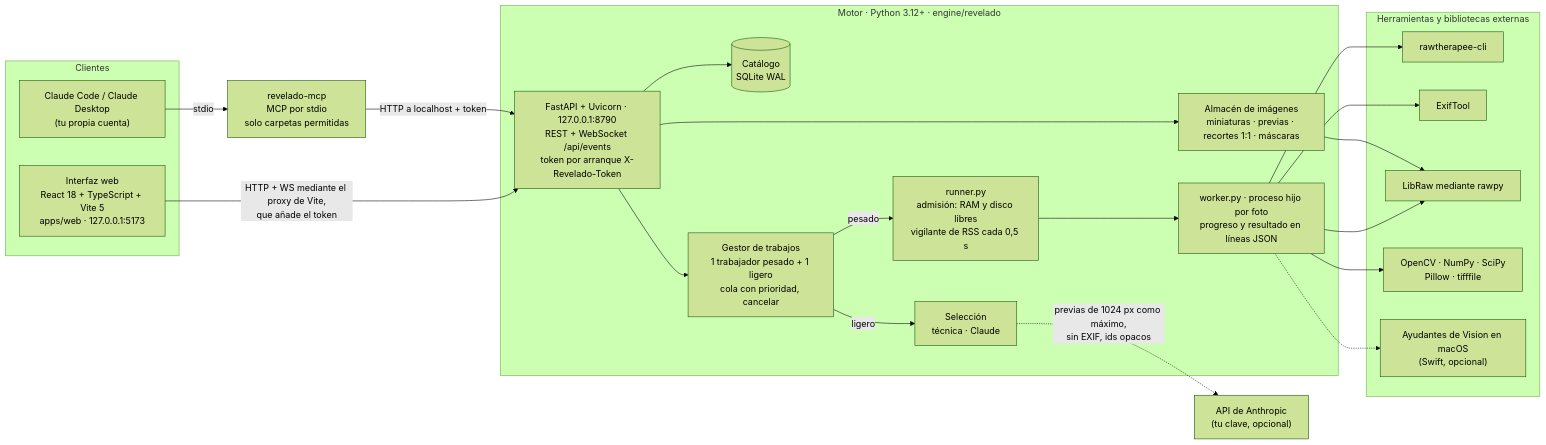
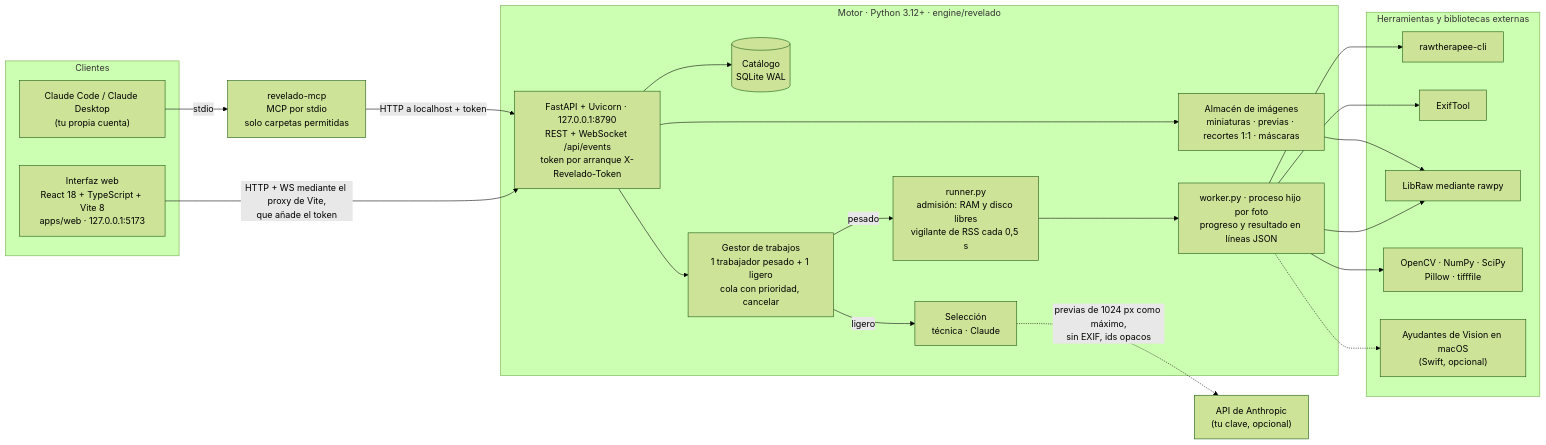
Before and after one commit to Blue-Studio-Lab/Revelado: the second of 3 diagrams in README.es.md, drawn with Mermaid (forest theme). The commit also changed other lines of this file and 8 other files, not shown here.

First line of the commit message:
build(web): migrate to Vite 8, Vitest 5 and @vitejs/plugin-react 6 (#12)

````diff
--- a/README.es.md
+++ b/README.es.md
@@ -110,42 +110,42 @@
 ```mermaid
 flowchart LR
   subgraph CLIENTS["Clientes"]
-    UI["Interfaz web<br/>React 18 + TypeScript + Vite 5<br/>apps/web · 127.0.0.1:5173"]
+    UI["Interfaz web<br/>React 18 + TypeScript + Vite 8<br/>apps/web · 127.0.0.1:5173"]
     CC["Claude Code / Claude Desktop<br/>(tu propia cuenta)"]
   end
   MCP["revelado-mcp<br/>MCP por stdio<br/>solo carpetas permitidas"]
   subgraph ENGINE["Motor · Python 3.12+ · engine/revelado"]
     API["FastAPI + Uvicorn · 127.0.0.1:8790<br/>REST + WebSocket /api/events<br/>token por arranque X-Revelado-Token"]
     CAT[("Catálogo<br/>SQLite WAL")]
     IMG["Almacén de imágenes<br/>miniaturas · previas · recortes 1:1 · máscaras"]
     JOBS["Gestor de trabajos<br/>1 trabajador pesado + 1 ligero<br/>cola con prioridad, cancelar"]
     CULL["Selección<br/>técnica · Claude"]
     RUN["runner.py<br/>admisión: RAM y disco libres<br/>vigilante de RSS cada 0,5 s"]
     WK["worker.py · proceso hijo por foto<br/>progreso y resultado en líneas JSON"]
   end
   subgraph TOOLS["Herramientas y bibliotecas externas"]
     RT["rawtherapee-cli"]
     ET["ExifTool"]
     LR["LibRaw mediante rawpy"]
     CV["OpenCV · NumPy · SciPy<br/>Pillow · tifffile"]
     VIS["Ayudantes de Vision en macOS<br/>(Swift, opcional)"]
   end
   AI["API de Anthropic<br/>(tu clave, opcional)"]
 
   UI -- "HTTP + WS mediante el proxy de Vite,<br/>que añade el token" --> API
   CC -- "stdio" --> MCP
   MCP -- "HTTP a localhost + token" --> API
   API --> CAT
   API --> IMG
   API --> JOBS
   JOBS -- "ligero" --> CULL
   JOBS -- "pesado" --> RUN
   RUN --> WK
   WK --> RT
   WK --> ET
   WK --> LR
   WK --> CV
   WK -.-> VIS
   IMG --> LR
   CULL -. "previas de 1024 px como máximo,<br/>sin EXIF, ids opacos" .-> AI
 ```
````
